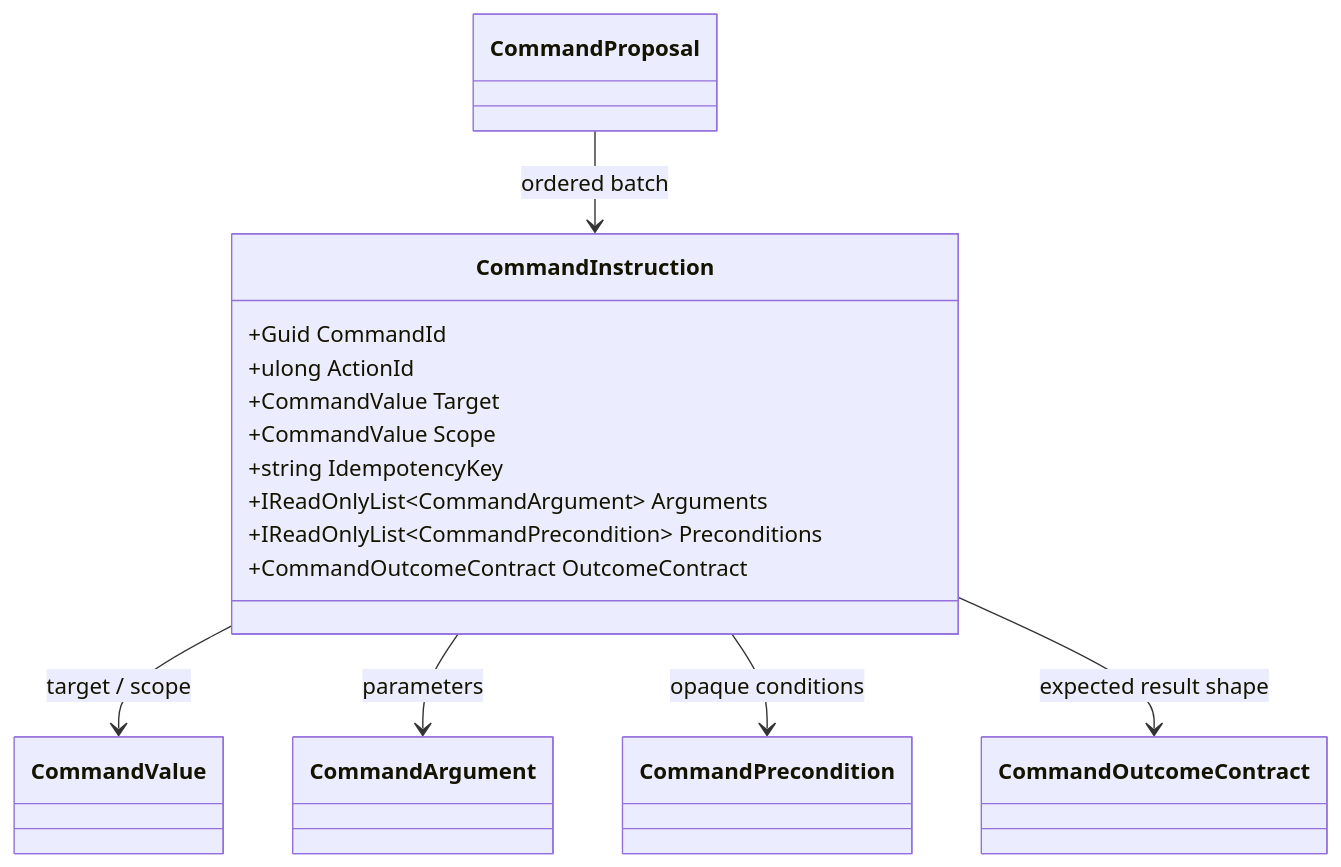
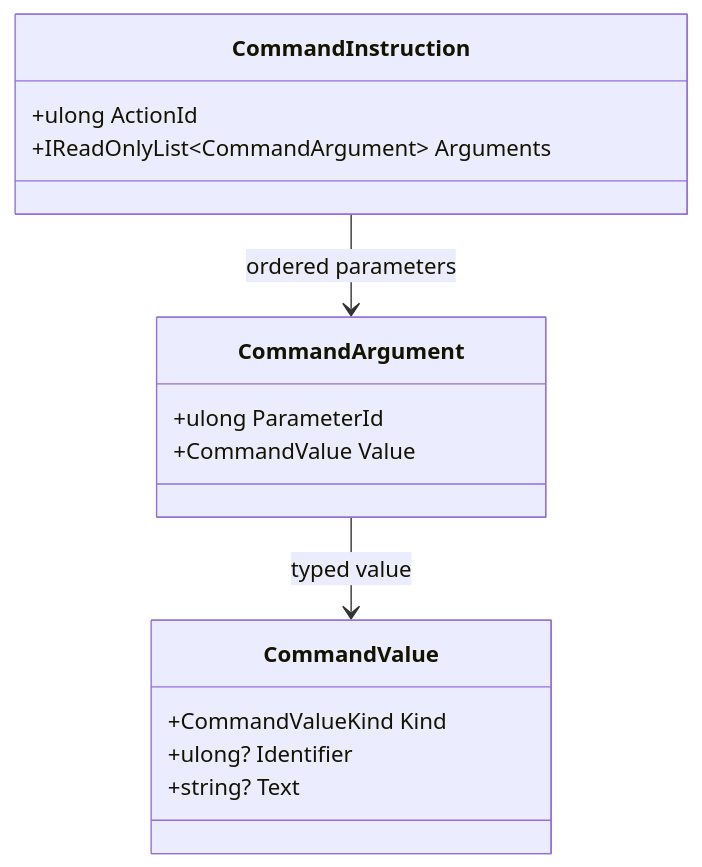
Before and after one commit to TrentBest/TheSingularityWorkshop.CommandAi: the diagram in docs/UML/CommandInstructionUML.md, drawn with Mermaid. The commit also changed other lines of this file, not shown here.

Commit message:
docs: align UML with CommandAi v1 source

```diff
--- a/docs/UML/CommandInstructionUML.md
+++ b/docs/UML/CommandInstructionUML.md
@@ -10,18 +6,18 @@
 ~~~mermaid
 classDiagram
   class CommandInstruction {
-    +Guid CommandId
     +ulong ActionId
-    +CommandValue Target
-    +CommandValue Scope
-    +string IdempotencyKey
     +IReadOnlyList~CommandArgument~ Arguments
-    +IReadOnlyList~CommandPrecondition~ Preconditions
-    +CommandOutcomeContract OutcomeContract
   }
-  CommandInstruction --> CommandValue : target / scope
-  CommandInstruction --> CommandArgument : parameters
-  CommandInstruction --> CommandPrecondition : opaque conditions
-  CommandInstruction --> CommandOutcomeContract : expected result shape
-  CommandProposal --> CommandInstruction : ordered batch
+  class CommandArgument {
+    +ulong ParameterId
+    +CommandValue Value
+  }
+  class CommandValue {
+    +CommandValueKind Kind
+    +ulong? Identifier
+    +string? Text
+  }
+  CommandInstruction --> CommandArgument : ordered parameters
+  CommandArgument --> CommandValue : typed value
 ~~~
```
